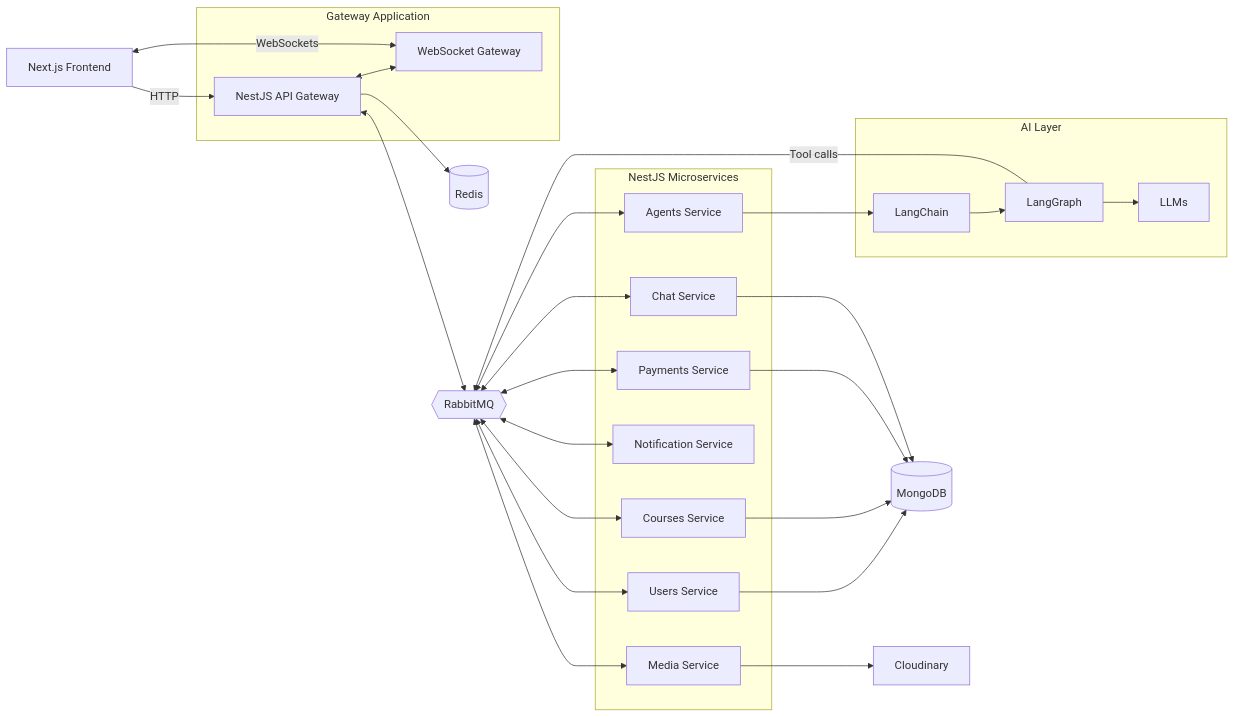
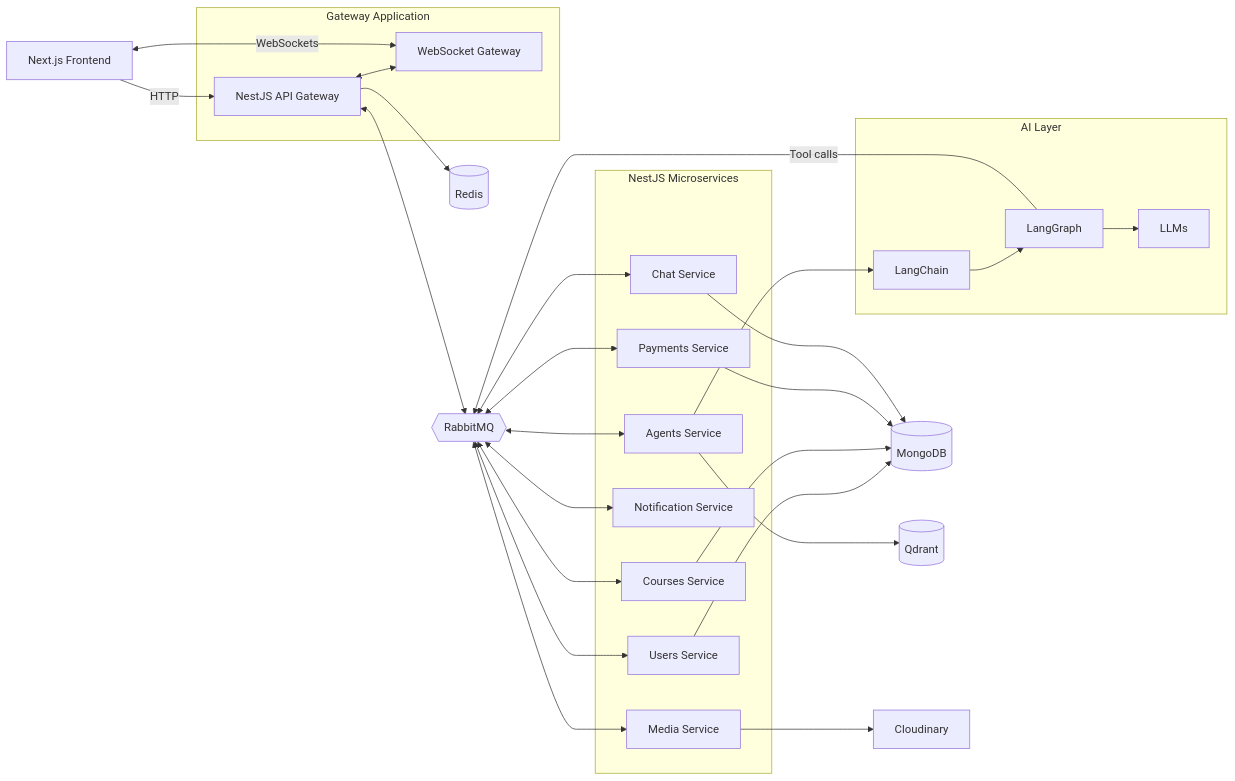
The diagram in README.md (Sujan-Bhandari07/lms), drawn with Mermaid before and after one commit. The commit also changed other lines of this file, not shown here.

````diff
--- a/README.md
+++ b/README.md
@@ -82,57 +84,59 @@
 ```mermaid
 flowchart LR
     Client["Next.js Frontend"]
 
     subgraph GatewayApp["Gateway Application"]
         Gateway["NestJS API Gateway"]
         WS["WebSocket Gateway"]
         Gateway <--> WS
     end
 
     subgraph Services["NestJS Microservices"]
         Users["Users Service"]
         Courses["Courses Service"]
         Payments["Payments Service"]
         Notification["Notification Service"]
         Agents["Agents Service"]
         Chat["Chat Service"]
         Media["Media Service"]
     end
 
     subgraph AIStack["AI Layer"]
         LC["LangChain"]
         LG["LangGraph"]
         LLM["LLMs"]
     end
 
     Mongo[("MongoDB")]
     Redis[("Redis")]
+    Qdrant[("Qdrant")]
     MQ{{"RabbitMQ"}}
     Cloud["Cloudinary"]
 
     Client -->|"HTTP"| Gateway
     Client <-->|"WebSockets"| WS
 
     Gateway --> Redis
     Gateway <--> MQ
 
     MQ <--> Users
     MQ <--> Courses
     MQ <--> Payments
     MQ <--> Notification
     MQ <--> Agents
     MQ <--> Chat
     MQ <--> Media
 
     Users --> Mongo
     Courses --> Mongo
     Payments --> Mongo
     Chat --> Mongo
 
     Media --> Cloud
 
     Agents --> LC
+    Agents --> Qdrant
     LC --> LG
     LG --> LLM
     LG -->|"Tool calls"| MQ
 ```
````
